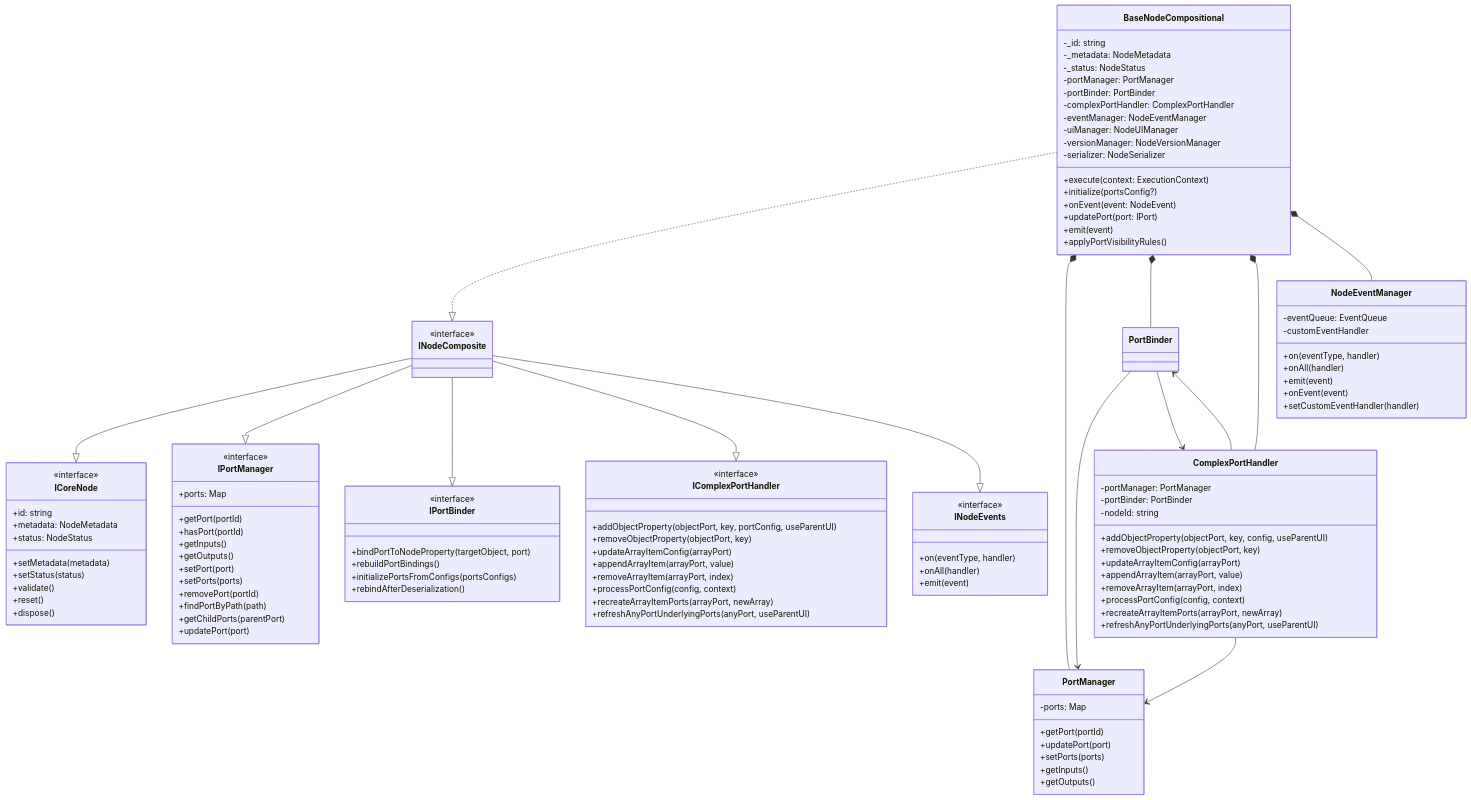
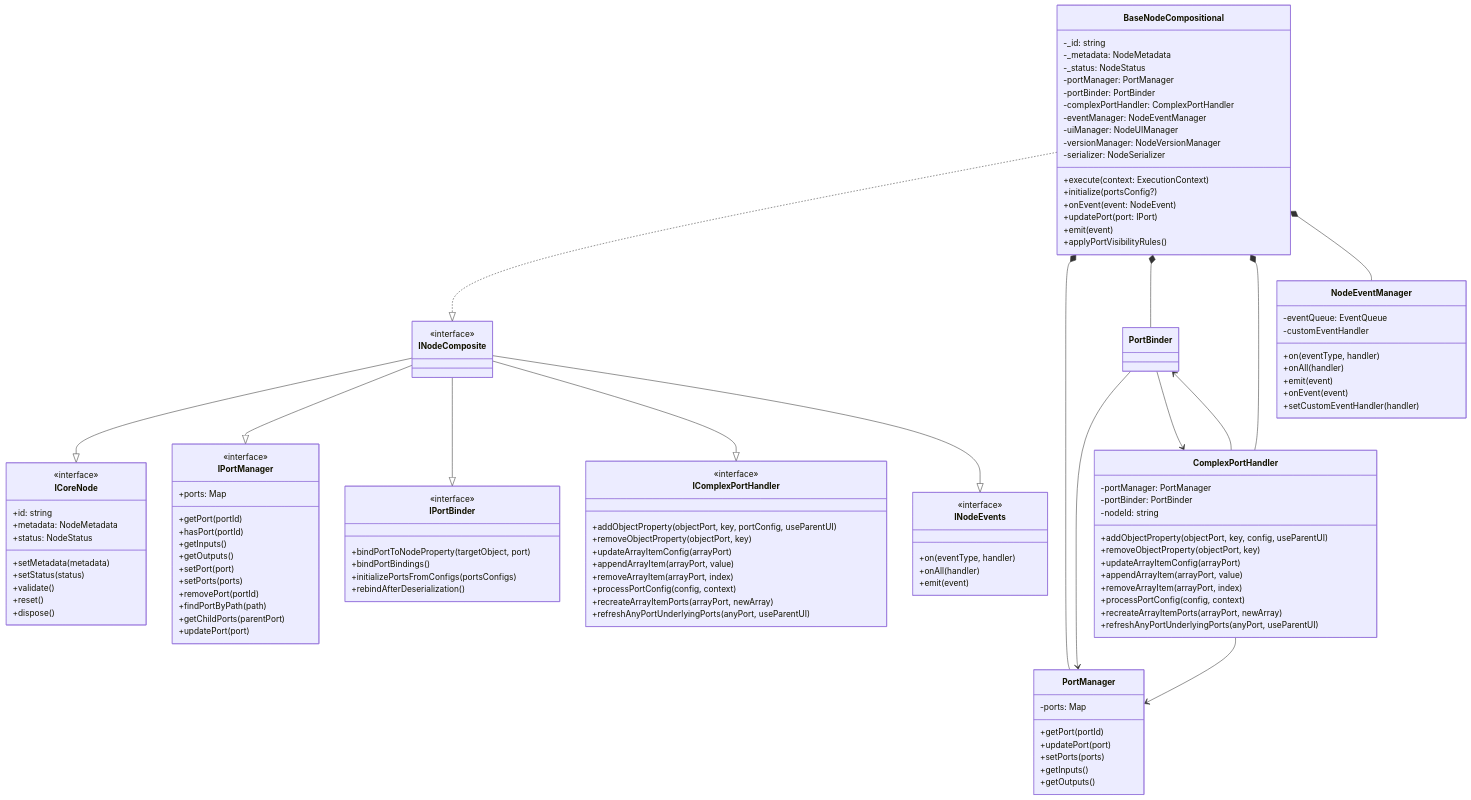
One commit to chaingraphlabs/chaingraph changed the first of 5 diagrams in packages/chaingraph-types/src/node/docs/node-architecture.md. Above: the diagram before and after it, drawn with Mermaid. The commit also changed 103 other files, not shown here.

```diff
--- a/packages/chaingraph-types/src/node/docs/node-architecture.md
+++ b/packages/chaingraph-types/src/node/docs/node-architecture.md
@@ -59,7 +59,7 @@
     class IPortBinder {
         <<interface>>
         +bindPortToNodeProperty(targetObject, port)
-        +rebuildPortBindings()
+        +bindPortBindings()
         +initializePortsFromConfigs(portsConfigs)
         +rebindAfterDeserialization()
     }
```
